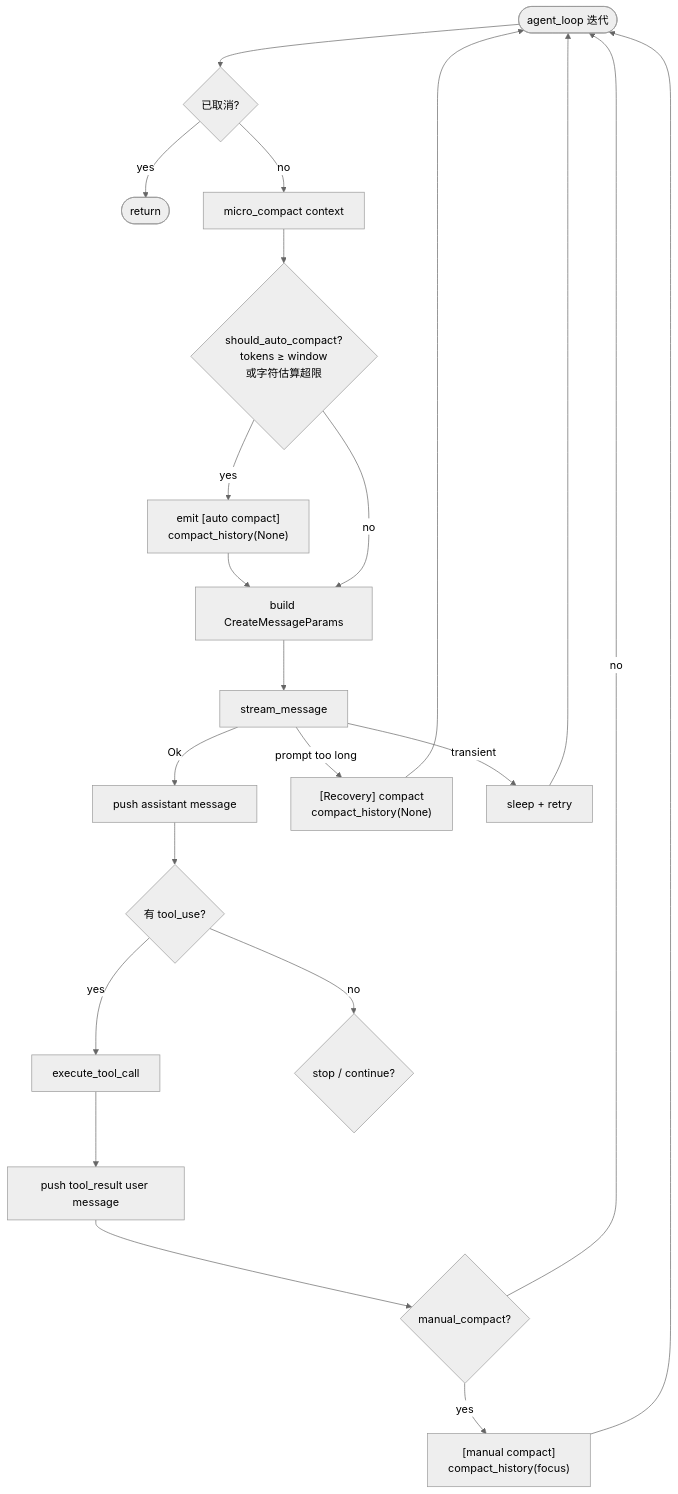
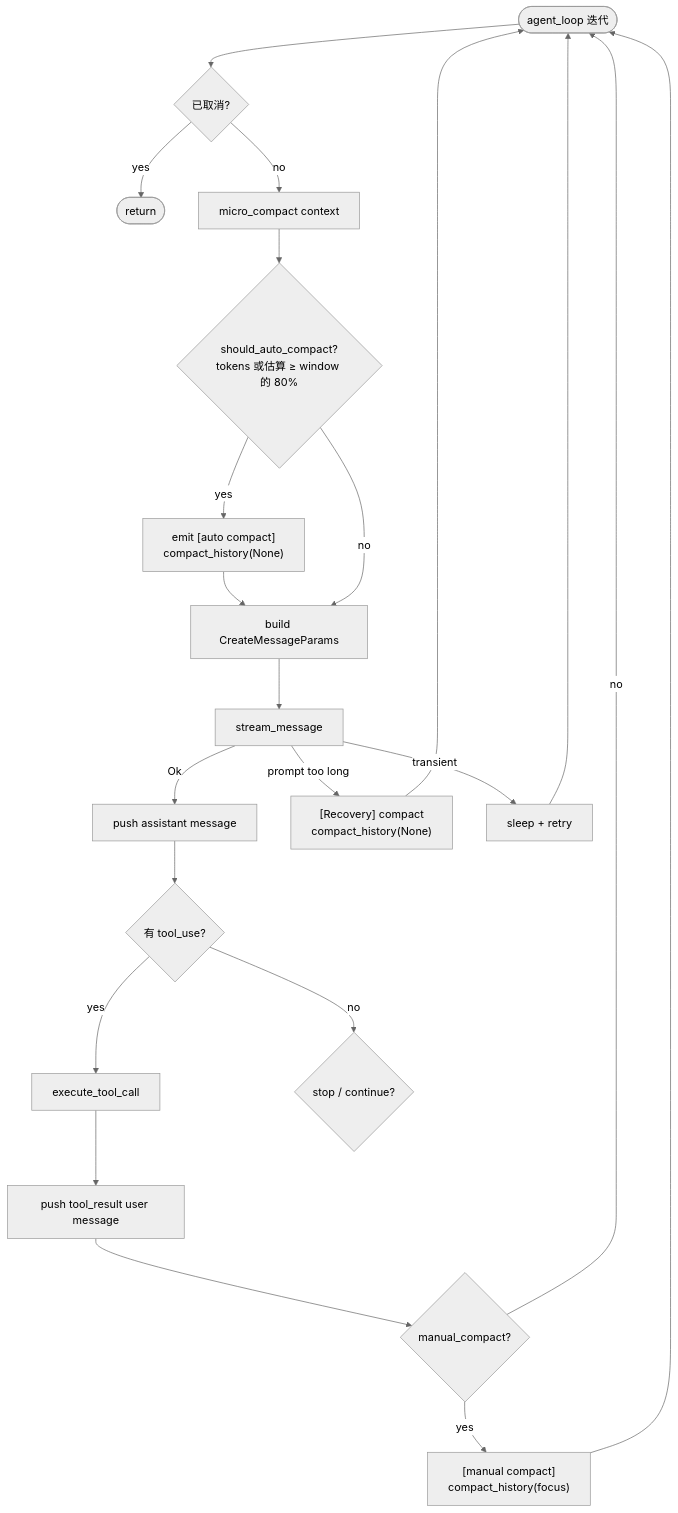
One commit to rust-infra/tact changed the third of 15 diagrams in book/05_chapter_compact_zh.md. Above: the diagram before and after it, drawn with Mermaid (neutral theme). The commit also changed other lines of this file and 5 other files, not shown here.

````diff
--- a/book/05_chapter_compact_zh.md
+++ b/book/05_chapter_compact_zh.md
@@ -84,24 +84,24 @@
 ```mermaid
 flowchart TD
     Start([agent_loop 迭代]) --> Cancel{已取消?}
     Cancel -->|yes| Exit([return])
     Cancel -->|no| MC[micro_compact context]
-    MC --> Size{should_auto_compact?<br/>tokens ≥ window<br/>或字符估算超限}
+    MC --> Size{should_auto_compact?<br/>tokens 或估算 ≥ window 的 80%}
     Size -->|yes| Auto["emit [auto compact]<br/>compact_history(None)"]
     Auto --> Build
     Size -->|no| Build[build CreateMessageParams]
     Build --> Stream[stream_message]
     Stream -->|Ok| Assist[push assistant message]
     Stream -->|prompt too long| Rec["[Recovery] compact<br/>compact_history(None)"]
     Rec --> Start
     Stream -->|transient| Backoff[sleep + retry]
     Backoff --> Start
     Assist --> Tools{有 tool_use?}
     Tools -->|yes| Exec[execute_tool_call]
     Exec --> Persist[push tool_result user message]
     Persist --> Man{manual_compact?}
     Man -->|yes| MC2["[manual compact]<br/>compact_history(focus)"]
     MC2 --> Start
     Man -->|no| Start
     Tools -->|no| Done{stop / continue?}
 ```
````
